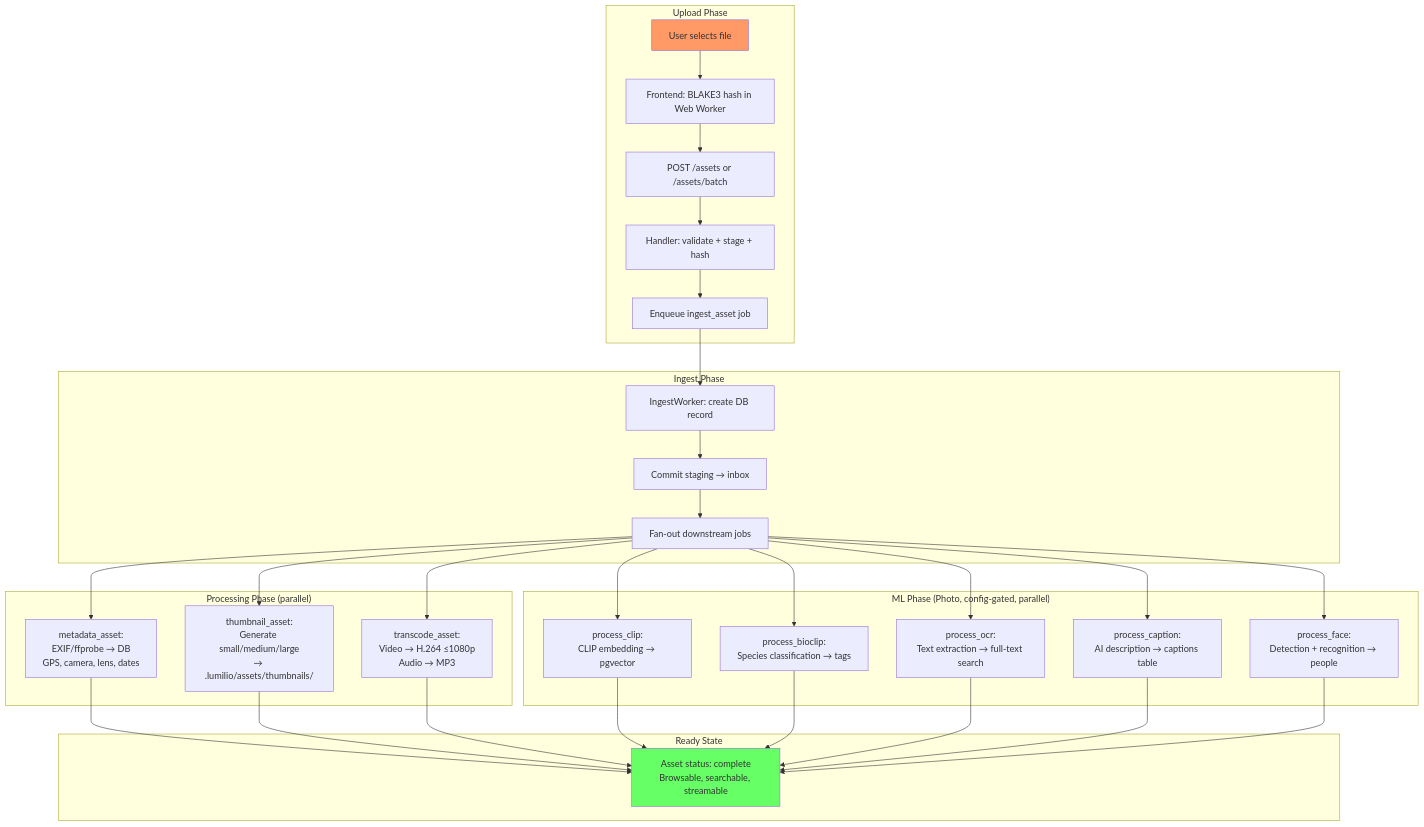
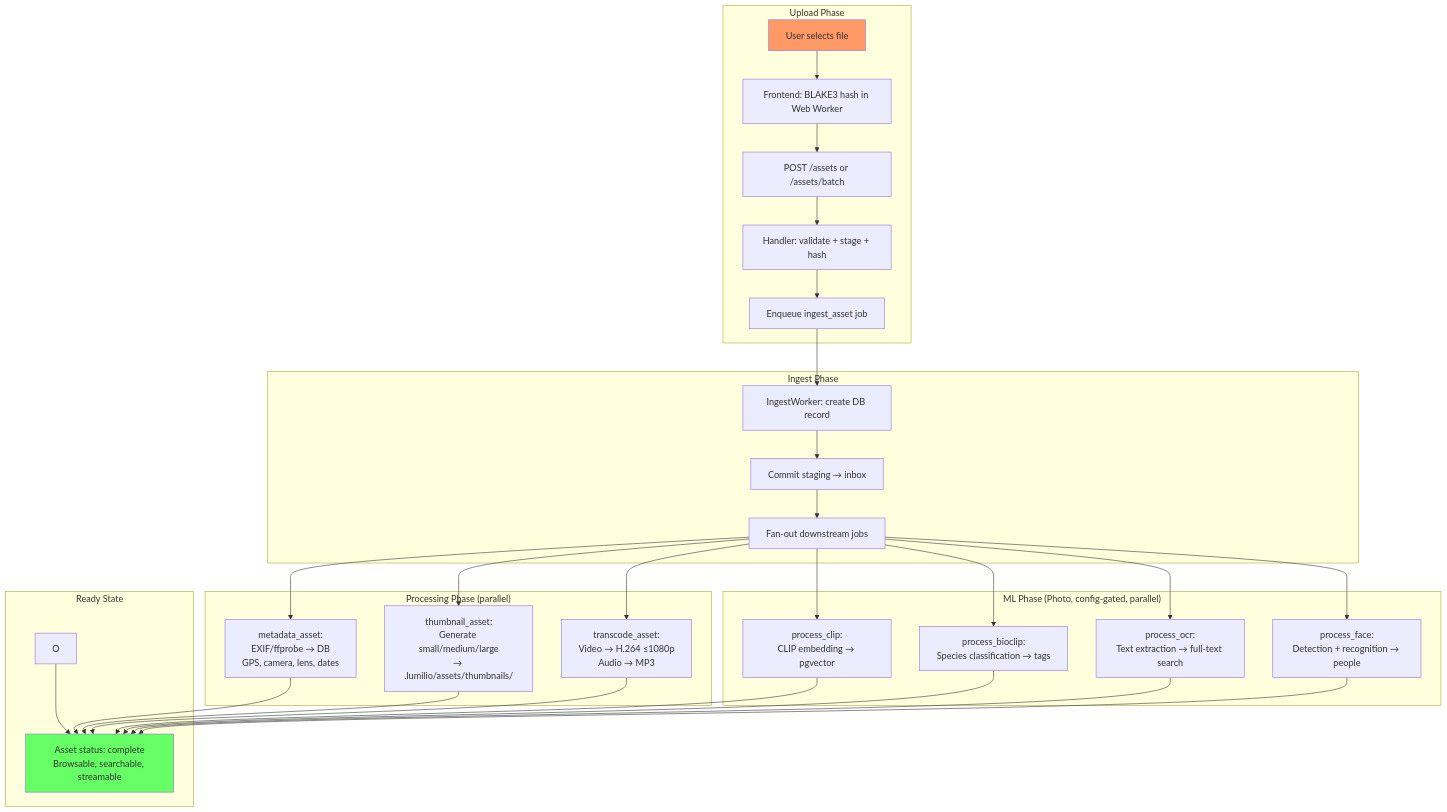
One commit to EdwinZhanCN/Lumilio-Photos changed diagram 14 of 15 in docs/en/developer-documentation/business-diagram/upload-workflow.md. Above: the diagram before and after it, drawn with Mermaid. The commit also changed other lines of this file and 52 other files, not shown here.

````diff
--- a/docs/en/developer-documentation/business-diagram/upload-workflow.md
+++ b/docs/en/developer-documentation/business-diagram/upload-workflow.md
@@ -460,36 +457,35 @@
 ```mermaid
 flowchart TD
     subgraph "Upload Phase"
         A[User selects file] --> B[Frontend: BLAKE3 hash in Web Worker]
         B --> C[POST /assets or /assets/batch]
         C --> D[Handler: validate + stage + hash]
         D --> E[Enqueue ingest_asset job]
     end
 
     subgraph "Ingest Phase"
         E --> F[IngestWorker: create DB record]
         F --> G[Commit staging → inbox]
         G --> H[Fan-out downstream jobs]
     end
 
     subgraph "Processing Phase (parallel)"
         H --> I[metadata_asset:<br/>EXIF/ffprobe → DB<br/>GPS, camera, lens, dates]
         H --> J[thumbnail_asset:<br/>Generate small/medium/large<br/>→ .lumilio/assets/thumbnails/]
         H --> K[transcode_asset:<br/>Video → H.264 ≤1080p<br/>Audio → MP3]
     end
 
     subgraph "ML Phase (Photo, config-gated, parallel)"
         H --> L[process_clip:<br/>CLIP embedding → pgvector]
         H --> M[process_bioclip:<br/>Species classification → tags]
         H --> N[process_ocr:<br/>Text extraction → full-text search]
-        H --> O[process_caption:<br/>AI description → captions table]
         H --> P[process_face:<br/>Detection + recognition → people]
     end
 
     subgraph "Ready State"
         I & J & K & L & M & N & O & P --> Q[Asset status: complete<br/>Browsable, searchable, streamable]
     end
 
     style A fill:#f96
     style Q fill:#6f6
 ```
````
